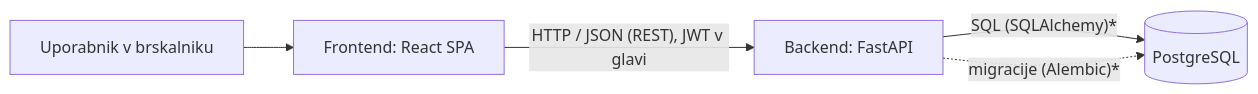
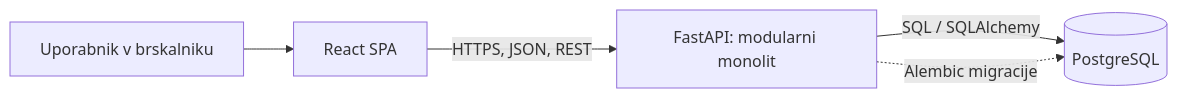
Before and after one commit to magisterij-1/pijacai: the diagram in docs/04-arhitektura-in-tehnoloski-sklad.md, drawn with Mermaid. The commit also changed other lines of this file and 8 other files, not shown here.

````diff
--- a/docs/04-arhitektura-in-tehnoloski-sklad.md
+++ b/docs/04-arhitektura-in-tehnoloski-sklad.md
@@ -13,7 +13,7 @@
 ```mermaid
 flowchart LR
-    U[Uporabnik v brskalniku] --> F[Frontend: React SPA]
-    F -- "HTTP / JSON (REST), JWT v glavi" --> B[Backend: FastAPI]
-    B -- "SQL (SQLAlchemy)*" --> D[(PostgreSQL)]
-    B -. "migracije (Alembic)*" .-> D
+    U[Uporabnik v brskalniku] --> F[React SPA]
+    F -- "HTTPS, JSON, REST" --> B[FastAPI: modularni monolit]
+    B -- "SQL / SQLAlchemy" --> D[(PostgreSQL)]
+    B -. "Alembic migracije" .-> D
 ```
````
